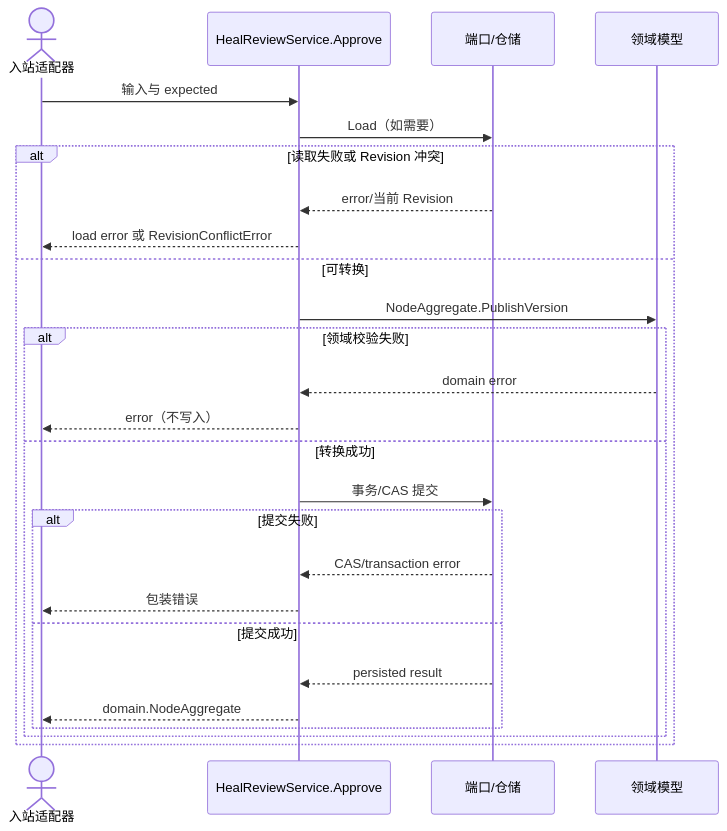
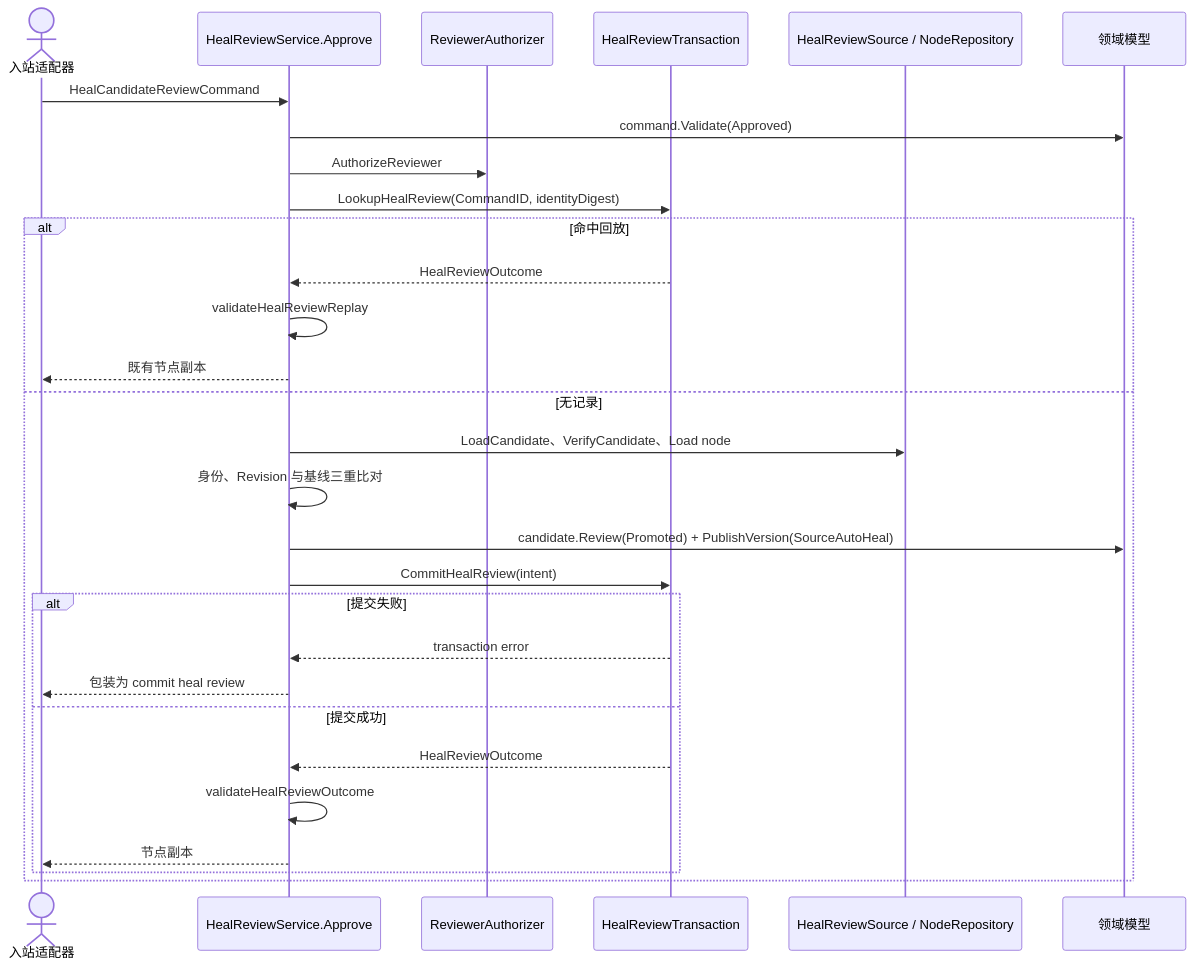
One commit to Capsule7446/healix-core changed the first of 2 diagrams in docs/application/automation/approve-heal-candidate.md. Above: the diagram before and after it, drawn with Mermaid. The commit also changed other lines of this file and 380 other files, not shown here.

````diff
--- a/docs/application/automation/approve-heal-candidate.md
+++ b/docs/application/automation/approve-heal-candidate.md
@@ -30,28 +38,31 @@
 ```mermaid
 sequenceDiagram
     actor A as 入站适配器
     participant S as HealReviewService.Approve
-    participant R as 端口/仓储
+    participant Auth as ReviewerAuthorizer
+    participant T as HealReviewTransaction
+    participant Src as HealReviewSource / NodeRepository
     participant D as 领域模型
-    A->>S: 输入与 expected
-    S->>R: Load（如需要）
-    alt 读取失败或 Revision 冲突
-        R-->>S: error/当前 Revision
-        S-->>A: load error 或 RevisionConflictError
-    else 可转换
-        S->>D: NodeAggregate.PublishVersion
-        alt 领域校验失败
-            D-->>S: domain error
-            S-->>A: error（不写入）
-        else 转换成功
-            S->>R: 事务/CAS 提交
-            alt 提交失败
-                R-->>S: CAS/transaction error
-                S-->>A: 包装错误
-            else 提交成功
-                R-->>S: persisted result
-                S-->>A: domain.NodeAggregate
-            end
+    A->>S: HealCandidateReviewCommand
+    S->>D: command.Validate(Approved)
+    S->>Auth: AuthorizeReviewer
+    S->>T: LookupHealReview(CommandID, identityDigest)
+    alt 命中回放
+        T-->>S: HealReviewOutcome
+        S->>S: validateHealReviewReplay
+        S-->>A: 既有节点副本
+    else 无记录
+        S->>Src: LoadCandidate、VerifyCandidate、Load node
+        S->>S: 身份、Revision 与基线三重比对
+        S->>D: candidate.Review(Promoted) + PublishVersion(SourceAutoHeal)
+        S->>T: CommitHealReview(intent)
+        alt 提交失败
+            T-->>S: transaction error
+            S-->>A: 包装为 commit heal review
+        else 提交成功
+            T-->>S: HealReviewOutcome
+            S->>S: validateHealReviewOutcome
+            S-->>A: 节点副本
         end
     end
 ```
````
